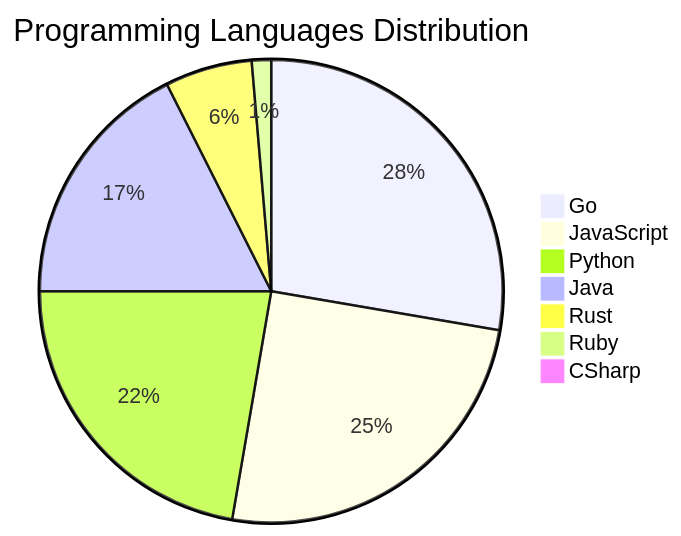
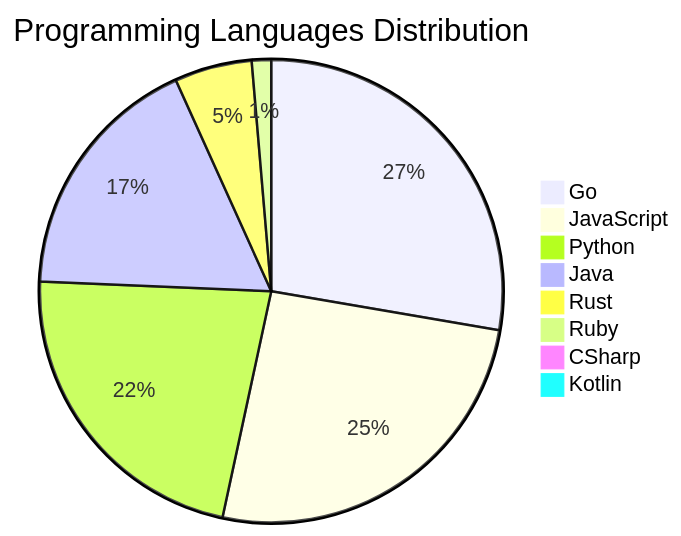
One commit to Derrick-MUGISHA/github-activity-bot changed the diagram in README.md. Above: the diagram before and after it, drawn with Mermaid. The commit also changed other lines of this file and 4 other files, not shown here.

````diff
--- a/README.md
+++ b/README.md
@@ -207,10 +208,11 @@
 ```mermaid
 pie title Programming Languages Distribution
     "Go" : 41
-    "JavaScript" : 37
+    "JavaScript" : 38
     "Python" : 33
     "Java" : 26
-    "Rust" : 9
+    "Rust" : 8
     "Ruby" : 2
     "CSharp" : 1
+    "Kotlin" : 1
 ```
````
